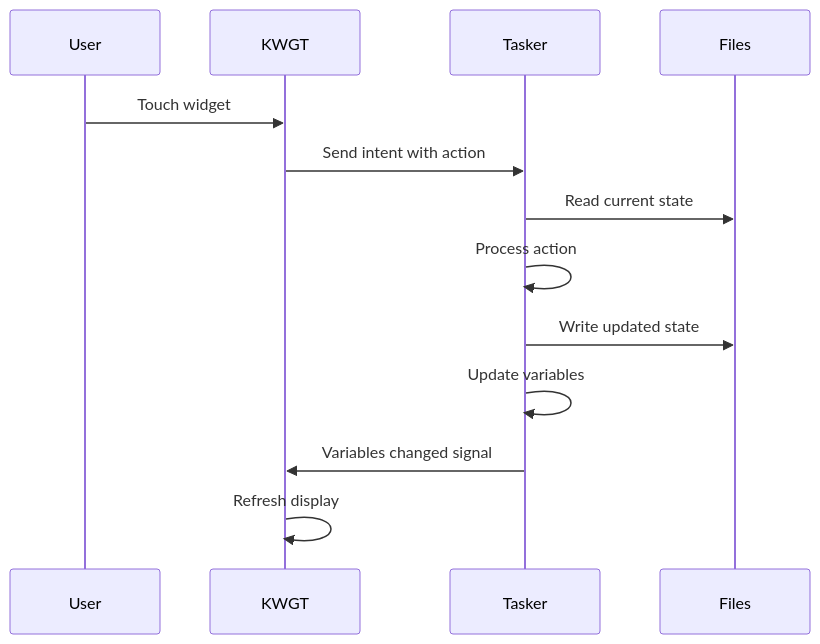
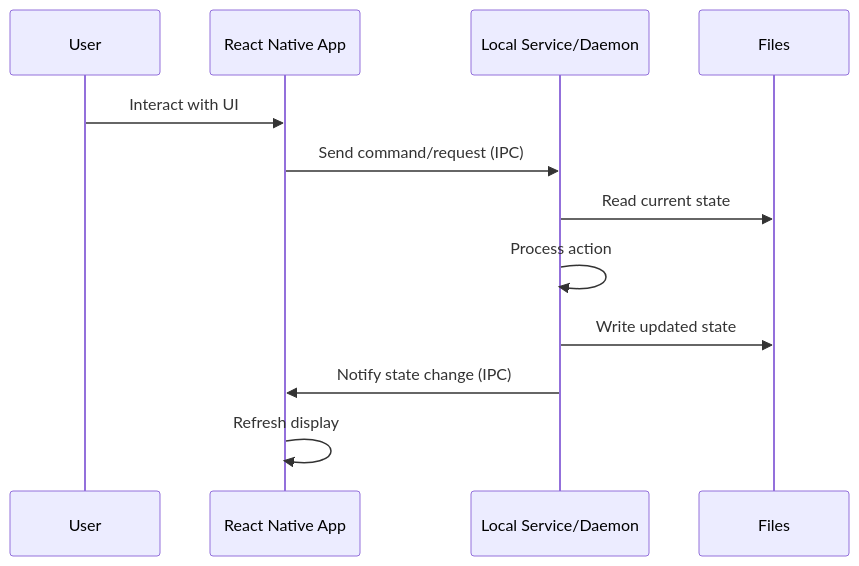
Before and after one commit to AsusROG15/WithMyStar: the second of 2 diagrams in docs/technical-specs.md, drawn with Mermaid. The commit also changed other lines of this file and 5 other files, not shown here.

Commit message:
feat: Update project documentation and initial state configuration for React Native integration

````diff
--- a/docs/technical-specs.md
+++ b/docs/technical-specs.md
@@ -187,16 +154,15 @@
 ```mermaid
 sequenceDiagram
     participant U as User
-    participant K as KWGT
-    participant T as Tasker
+    participant RN as React Native App
+    participant LS as Local Service/Daemon
     participant F as Files
     
-    U->>K: Touch widget
-    K->>T: Send intent with action
-    T->>F: Read current state
-    T->>T: Process action
-    T->>F: Write updated state
-    T->>T: Update variables
-    T->>K: Variables changed signal
-    K->>K: Refresh display
+    U->>RN: Interact with UI
+    RN->>LS: Send command/request (IPC)
+    LS->>F: Read current state
+    LS->>LS: Process action
+    LS->>F: Write updated state
+    LS->>RN: Notify state change (IPC)
+    RN->>RN: Refresh display
 ```
````
